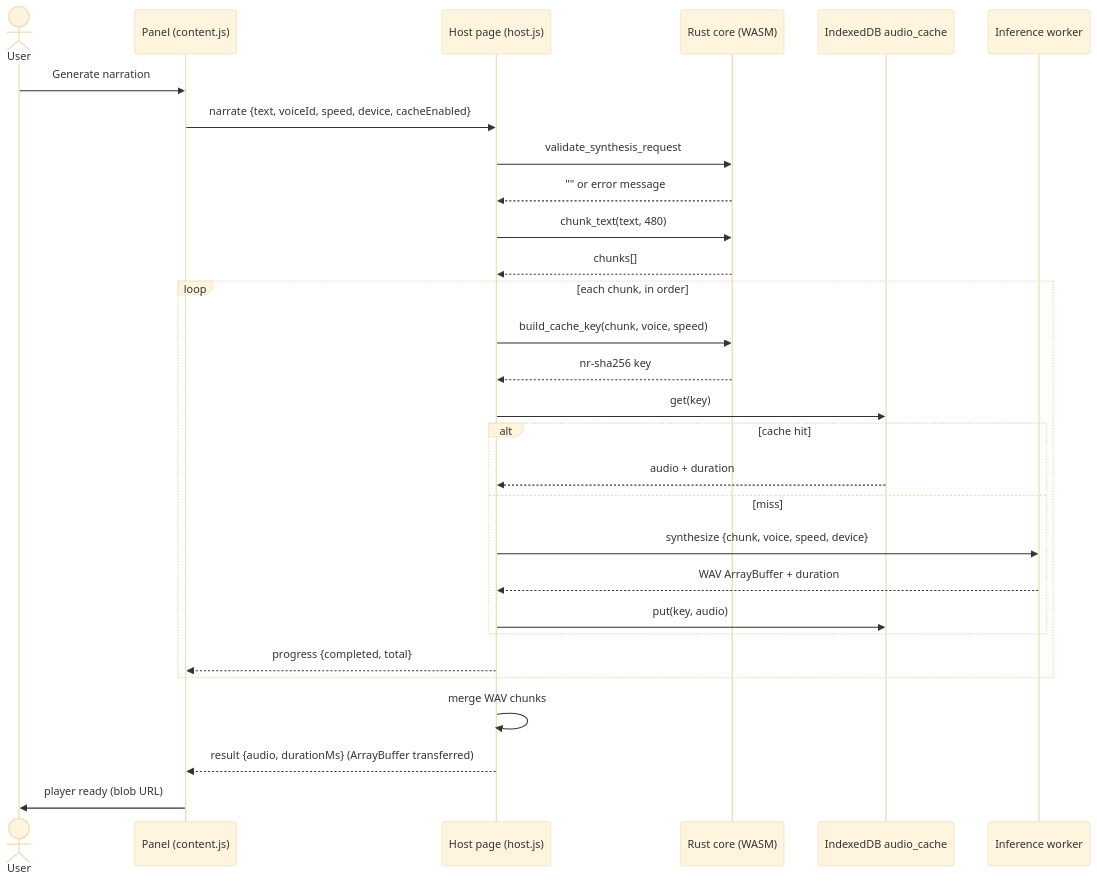
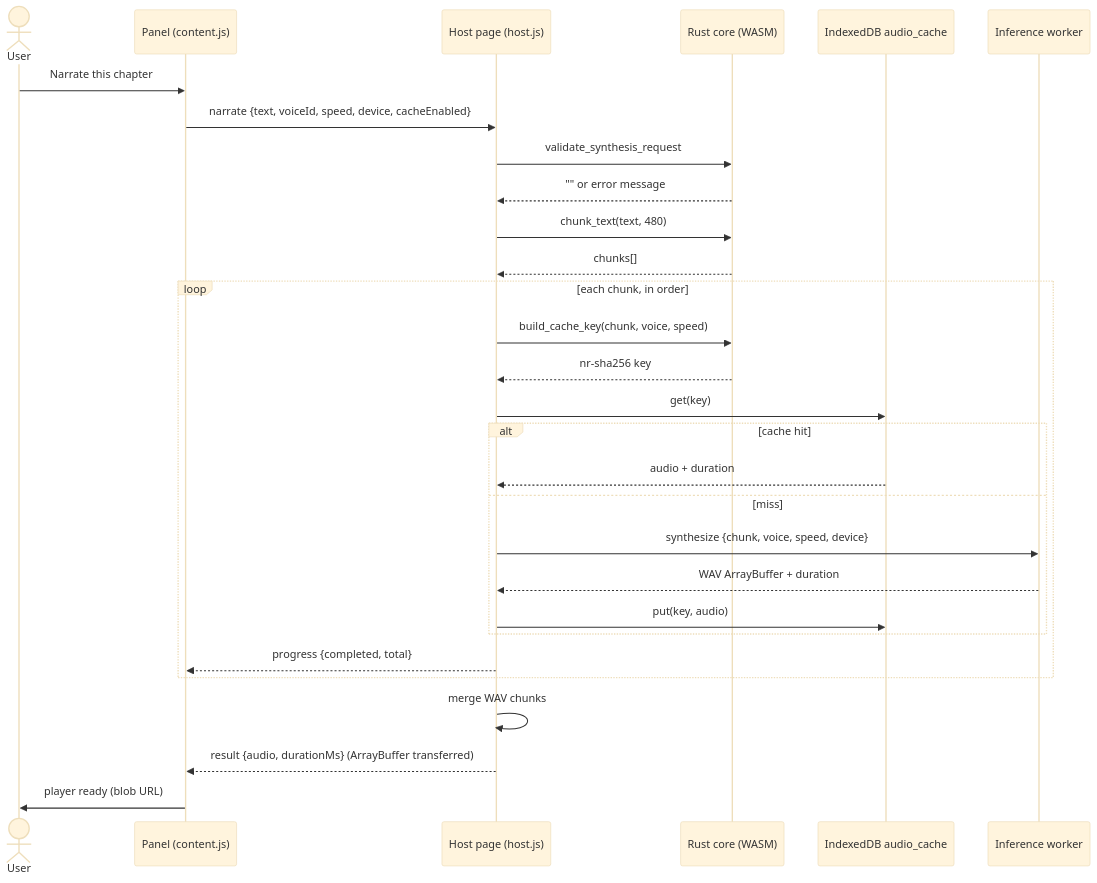
One commit to abdullahkhfb/narrately changed the second of 6 diagrams in docs/architecture.md. Above: the diagram before and after it, drawn with Mermaid (base theme). The commit also changed other lines of this file and 49 other files, not shown here.

````diff
--- a/docs/architecture.md
+++ b/docs/architecture.md
@@ -59,32 +59,32 @@
 ```mermaid
 sequenceDiagram
     actor User
     participant Panel as Panel (content.js)
     participant Host as Host page (host.js)
     participant Rust as Rust core (WASM)
     participant DB as IndexedDB audio_cache
     participant Worker as Inference worker
 
-    User->>Panel: Generate narration
+    User->>Panel: Narrate this chapter
     Panel->>Host: narrate {text, voiceId, speed, device, cacheEnabled}
     Host->>Rust: validate_synthesis_request
     Rust-->>Host: "" or error message
     Host->>Rust: chunk_text(text, 480)
     Rust-->>Host: chunks[]
     loop each chunk, in order
         Host->>Rust: build_cache_key(chunk, voice, speed)
         Rust-->>Host: nr-sha256 key
         Host->>DB: get(key)
         alt cache hit
             DB-->>Host: audio + duration
         else miss
             Host->>Worker: synthesize {chunk, voice, speed, device}
             Worker-->>Host: WAV ArrayBuffer + duration
             Host->>DB: put(key, audio)
         end
         Host-->>Panel: progress {completed, total}
     end
     Host->>Host: merge WAV chunks
     Host-->>Panel: result {audio, durationMs} (ArrayBuffer transferred)
     Panel->>User: player ready (blob URL)
 ```
````
